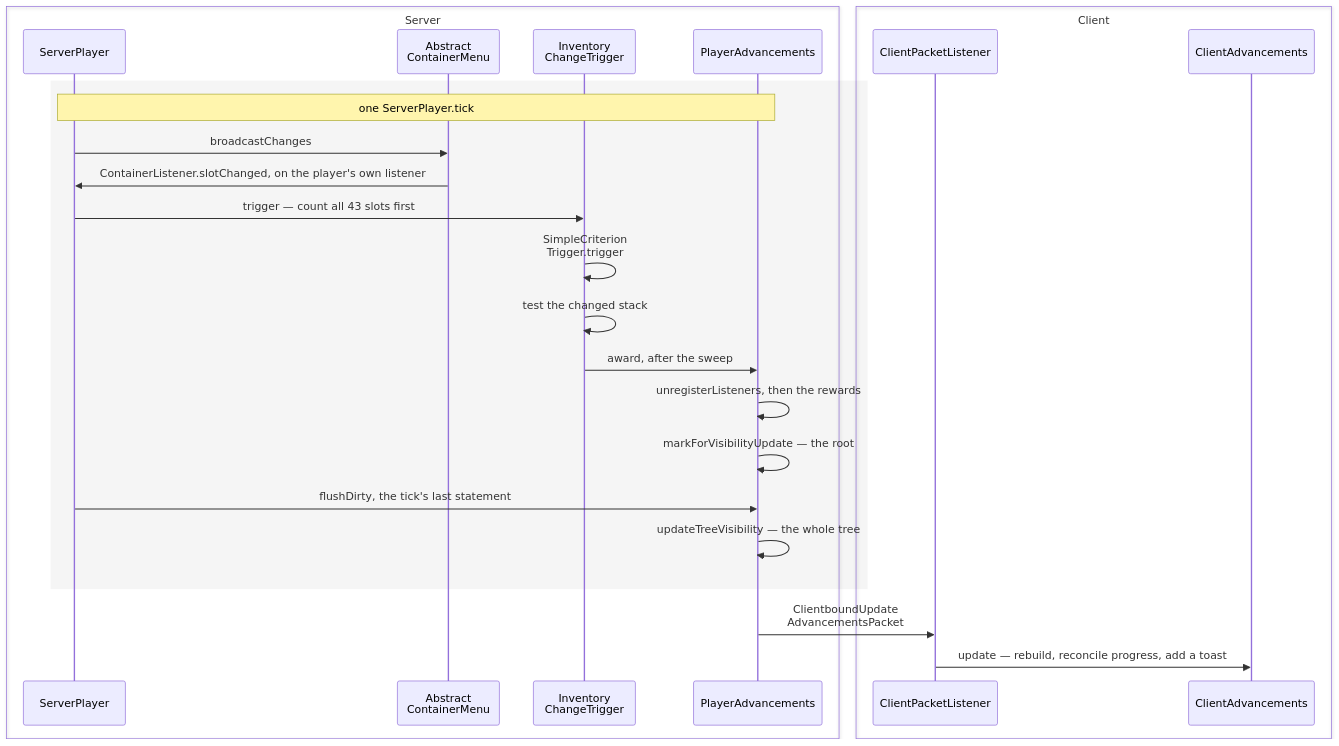
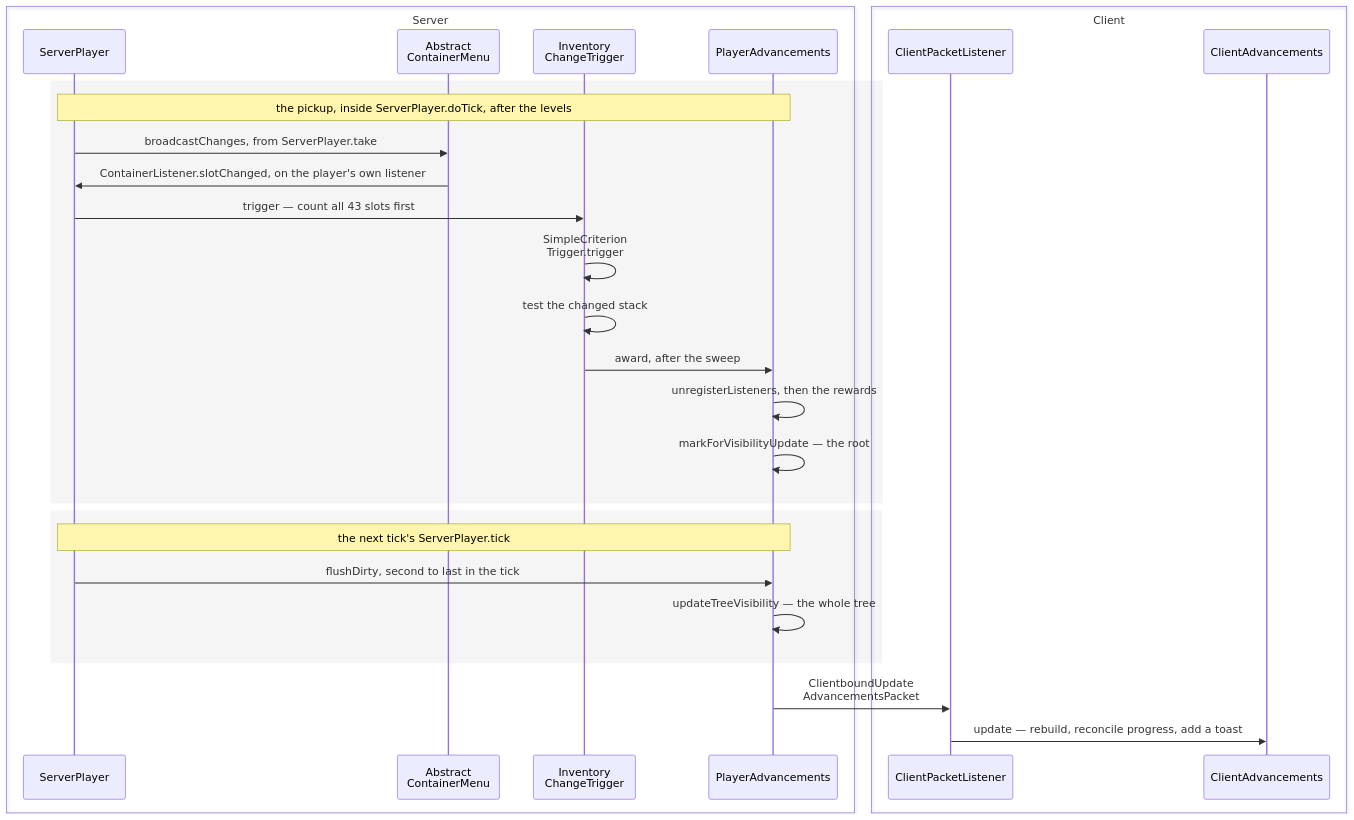
Before and after one commit to AlexanderjFraser/MinecraftDocs: the diagram in src/systems/commands/advancements.md, drawn with Mermaid. The commit also changed other lines of this file and 68 other files, not shown here.

````diff
--- a/src/systems/commands/advancements.md
+++ b/src/systems/commands/advancements.md
@@ -58,29 +58,32 @@
 ```mermaid
 sequenceDiagram
     box Server
     participant SP as ServerPlayer
     participant ACM as Abstract<br/>ContainerMenu
     participant ICT as Inventory<br/>ChangeTrigger
     participant PA as PlayerAdvancements
     end
     box Client
     participant CPL as ClientPacketListener
     participant CAdv as ClientAdvancements
     end
 
     rect rgba(0, 0, 0, 0.04)
-    Note over SP,PA: one ServerPlayer.tick
-    SP->>ACM: broadcastChanges
+    Note over SP,PA: the pickup, inside ServerPlayer.doTick, after the levels
+    SP->>ACM: broadcastChanges, from ServerPlayer.take
     ACM->>SP: ContainerListener.slotChanged, on the player's own listener
     SP->>ICT: trigger — count all 43 slots first
     ICT->>ICT: SimpleCriterion<br/>Trigger.trigger
     ICT->>ICT: test the changed stack
     ICT->>PA: award, after the sweep
     PA->>PA: unregisterListeners, then the rewards
     PA->>PA: markForVisibilityUpdate — the root
-    SP->>PA: flushDirty, the tick's last statement
+    end
+    rect rgba(0, 0, 0, 0.04)
+    Note over SP,PA: the next tick's ServerPlayer.tick
+    SP->>PA: flushDirty, second to last in the tick
     PA->>PA: updateTreeVisibility — the whole tree
     end
     PA->>CPL: ClientboundUpdate<br/>AdvancementsPacket
     CPL->>CAdv: update — rebuild, reconcile progress, add a toast
 ```
````
